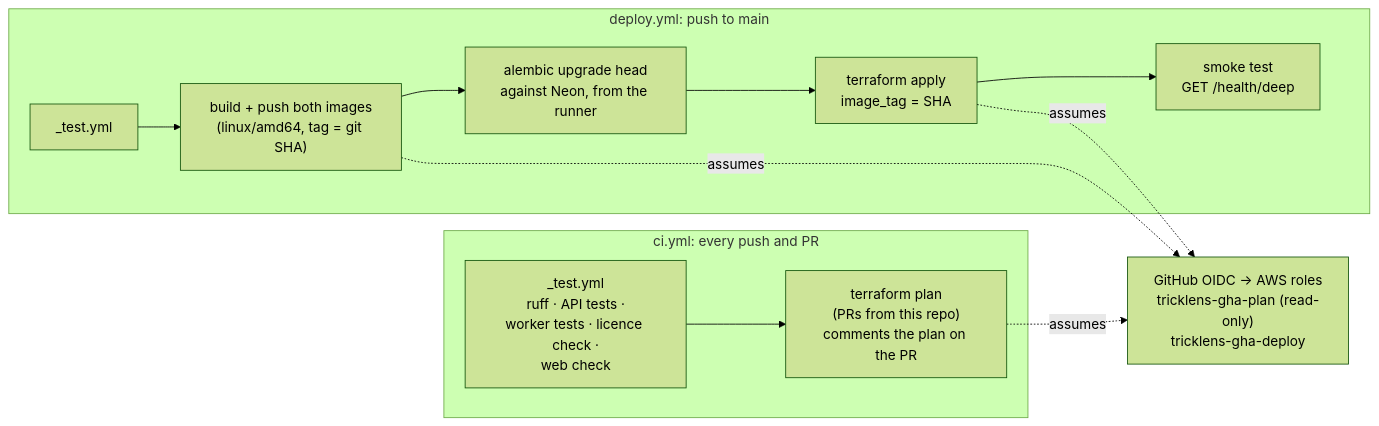
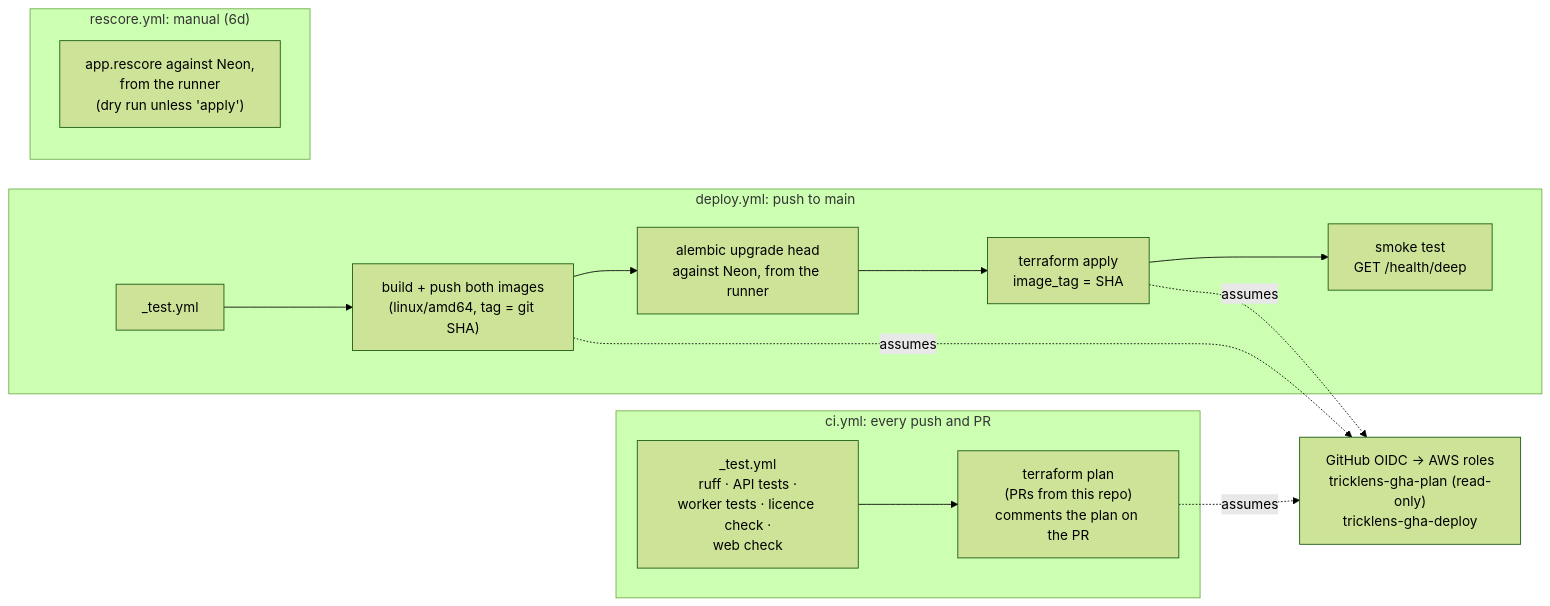
Before and after one commit to NickPalceski/TrickLens: the second of 2 diagrams in docs/components/infrastructure.md, drawn with Mermaid (forest theme). The commit also changed other lines of this file and 16 other files, not shown here.

````diff
--- a/docs/components/infrastructure.md
+++ b/docs/components/infrastructure.md
@@ -101,22 +101,26 @@
 ```mermaid
 flowchart LR
     subgraph ci ["ci.yml: every push and PR"]
         t1["_test.yml<br/>ruff · API tests ·<br/>worker tests · licence check ·<br/>web check"]
         plan["terraform plan<br/>(PRs from this repo)<br/>comments the plan on the PR"]
         t1 --> plan
     end
 
     subgraph deploy ["deploy.yml: push to main"]
         t2["_test.yml"]
         build["build + push both images<br/>(linux/amd64, tag = git SHA)"]
         mig["alembic upgrade head<br/>against Neon, from the runner"]
         apply["terraform apply<br/>image_tag = SHA"]
         smoke["smoke test<br/>GET /health/deep"]
         t2 --> build --> mig --> apply --> smoke
     end
 
+    subgraph rescore ["rescore.yml: manual (6d)"]
+        rs["app.rescore against Neon,<br/>from the runner<br/>(dry run unless 'apply')"]
+    end
+
     oidc["GitHub OIDC → AWS roles<br/>tricklens-gha-plan (read-only)<br/>tricklens-gha-deploy"]
     plan -. assumes .-> oidc
     build -. assumes .-> oidc
     apply -. assumes .-> oidc
 ```
````
